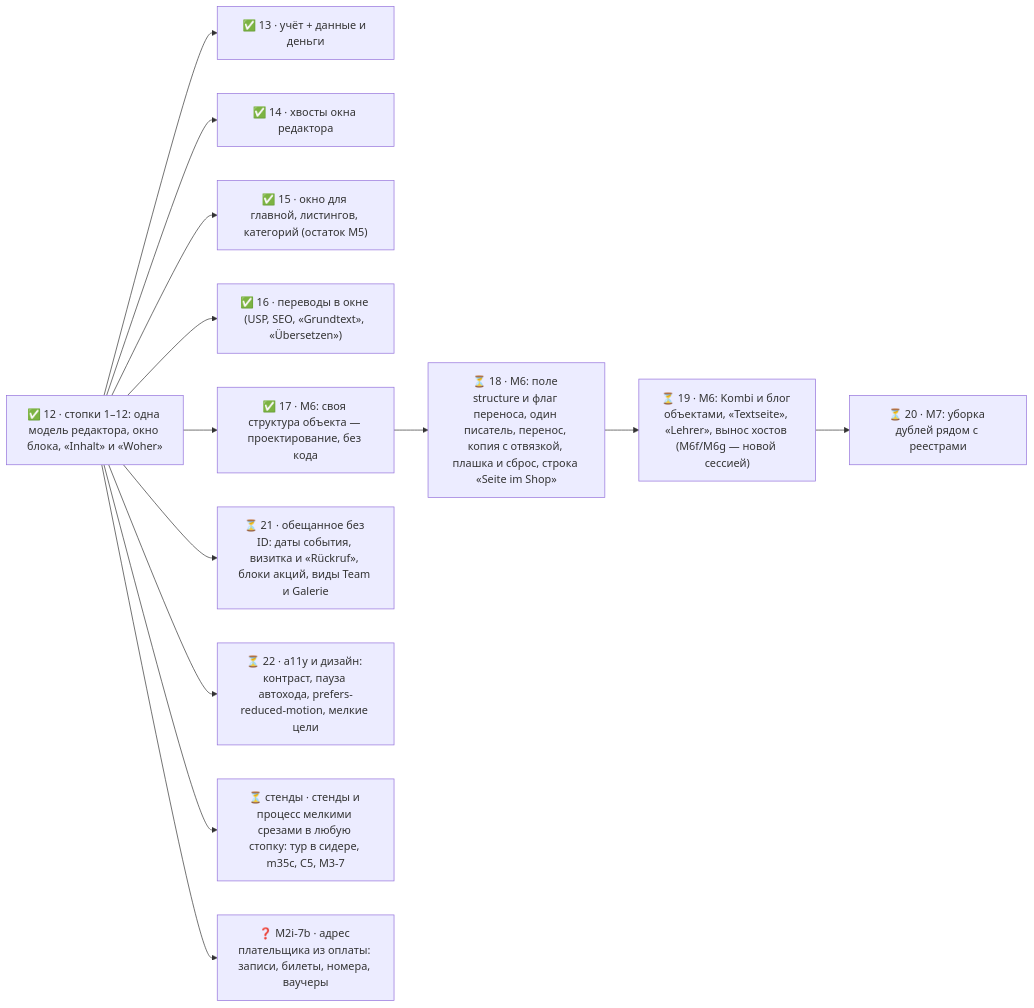
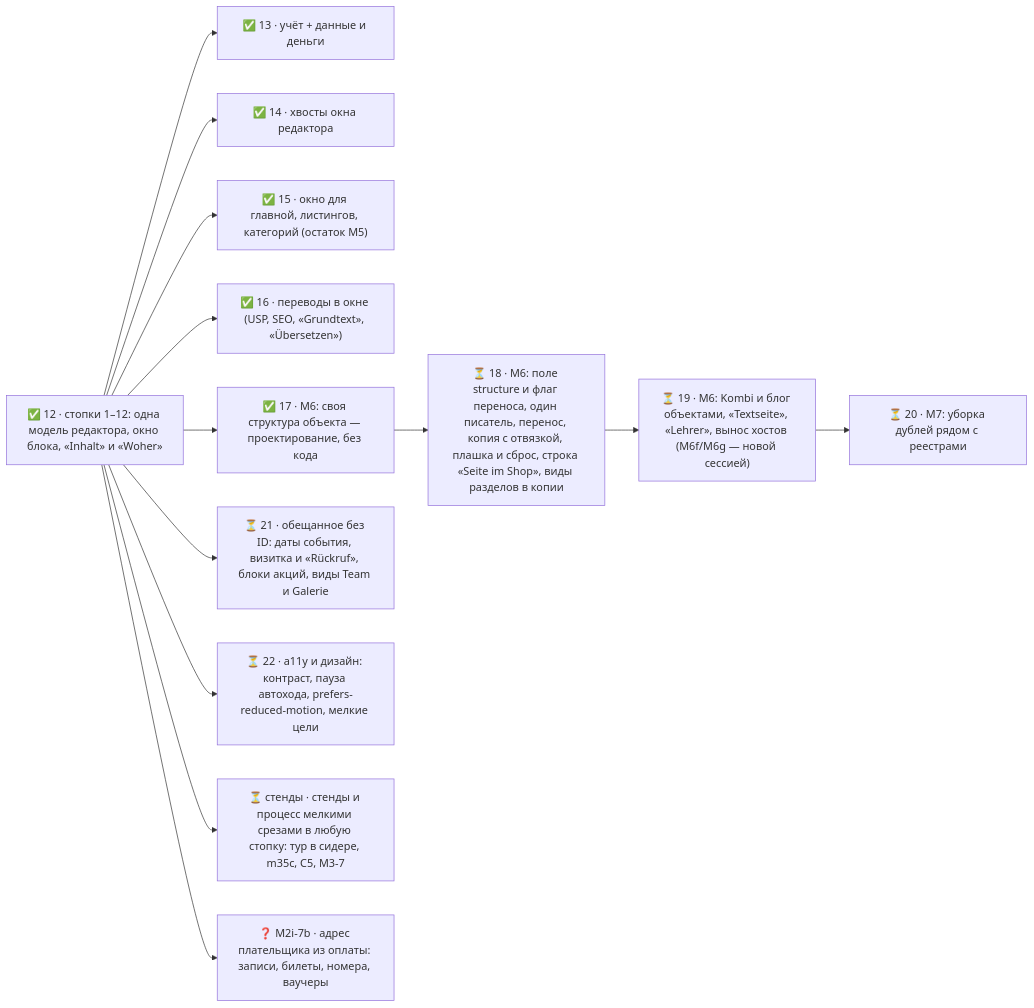
The diagram in docs/fb33-map.md (yppolyakov-wq/siteadaptor-platform), drawn with Mermaid before and after one commit. The commit also changed other lines of this file and 7 other files, not shown here.

First line of the commit message:
M6-0: повторная проверка плана — §17 (кэш витрины, виды разделов в копии → срез M6c3, отметка «наследует», несогласованности с §15)

````diff
--- a/docs/fb33-map.md
+++ b/docs/fb33-map.md
@@ -37,28 +37,28 @@
 ```mermaid
 flowchart LR
   s12["✅ 12 · стопки 1–12: одна модель редактора, окно блока, «Inhalt» и «Woher»"]
   s13["✅ 13 · учёт + данные и деньги"]
   s14["✅ 14 · хвосты окна редактора"]
   s15["✅ 15 · окно для главной, листингов, категорий (остаток M5)"]
   s16["✅ 16 · переводы в окне (USP, SEO, «Grundtext», «Übersetzen»)"]
   s17["✅ 17 · M6: своя структура объекта — проектирование, без кода"]
-  s18["⏳ 18 · M6: поле structure и флаг переноса, один писатель, перенос, копия с отвязкой, плашка и сброс, строка «Seite im Shop»"]
+  s18["⏳ 18 · M6: поле structure и флаг переноса, один писатель, перенос, копия с отвязкой, плашка и сброс, строка «Seite im Shop», виды разделов в копии"]
   s19["⏳ 19 · M6: Kombi и блог объектами, «Textseite», «Lehrer», вынос хостов (M6f/M6g — новой сессией)"]
   s20["⏳ 20 · M7: уборка дублей рядом с реестрами"]
   s21["⏳ 21 · обещанное без ID: даты события, визитка и «Rückruf», блоки акций, виды Team и Galerie"]
   s22["⏳ 22 · a11y и дизайн: контраст, пауза автохода, prefers-reduced-motion, мелкие цели"]
   s_u441_u442_u435_u43d_u434_u44b["⏳ стенды · стенды и процесс мелкими срезами в любую стопку: тур в сидере, m35c, C5, M3-7"]
   sM2i_u2d7b["❓ M2i-7b · адрес плательщика из оплаты: записи, билеты, номера, ваучеры"]
   s12 --> s13
   s12 --> s14
   s12 --> s15
   s12 --> s16
   s12 --> s17
   s17 --> s18
   s18 --> s19
   s19 --> s20
   s12 --> s21
   s12 --> s22
   s12 --> s_u441_u442_u435_u43d_u434_u44b
   s12 --> sM2i_u2d7b
 ```
````
